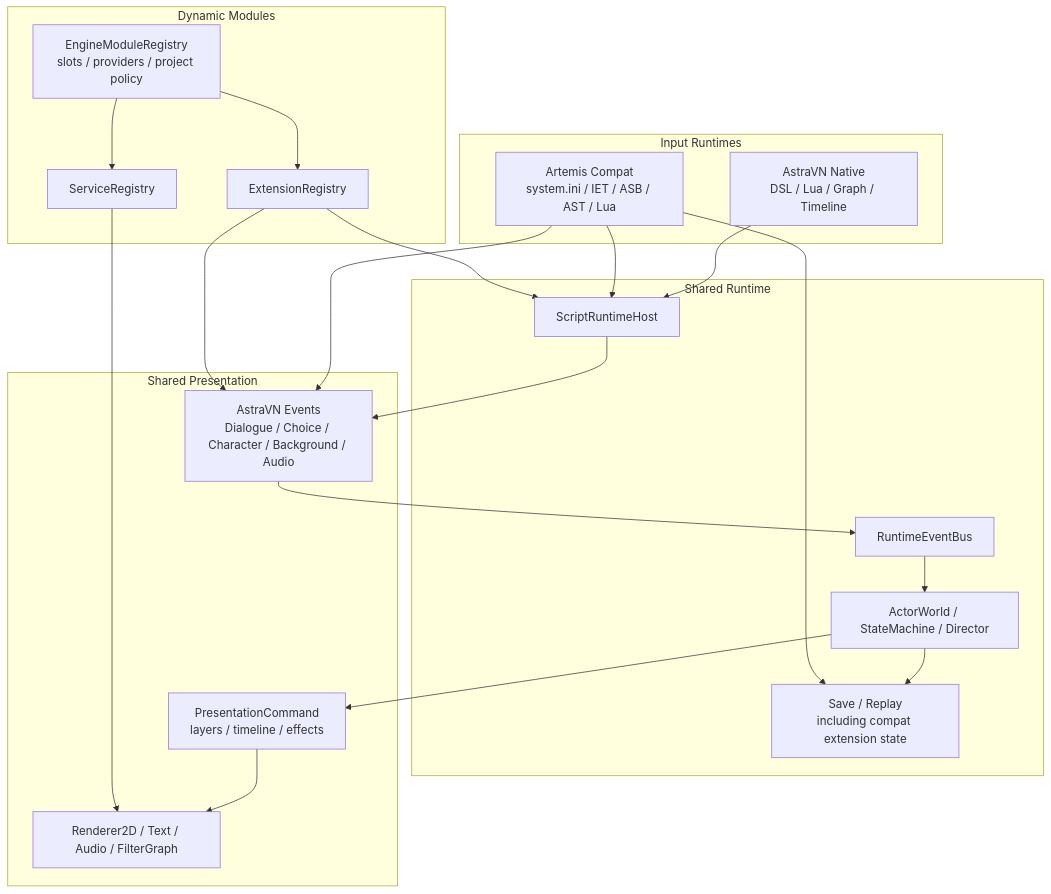
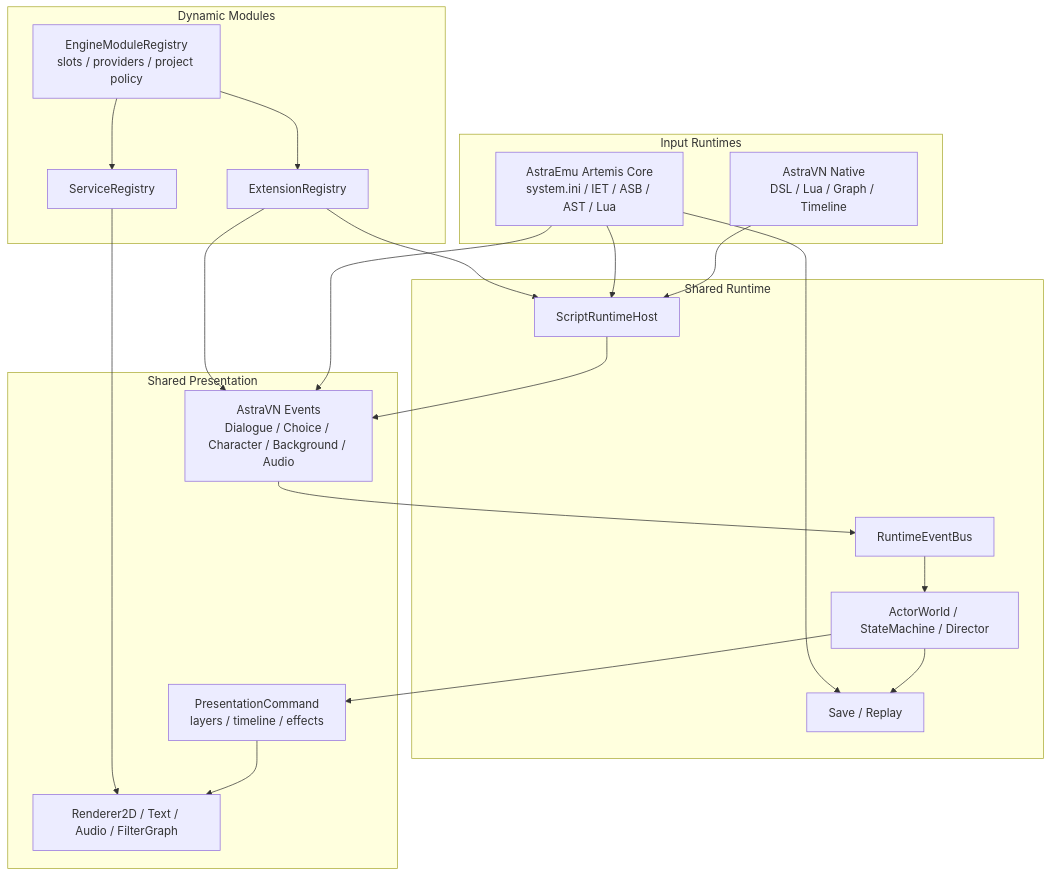
Before and after one commit to 2018wzh/AstraEngine: the diagram in docs/design/architecture.md, drawn with Mermaid. The commit also changed other lines of this file and 17 other files, not shown here.

````diff
--- a/docs/design/architecture.md
+++ b/docs/design/architecture.md
@@ -349,43 +357,43 @@
 ```mermaid
 flowchart TB
   subgraph Input["Input Runtimes"]
     Native["AstraVN Native\nDSL / Lua / Graph / Timeline"]
-    Artemis["Artemis Compat\nsystem.ini / IET / ASB / AST / Lua"]
+    Artemis["AstraEmu Artemis Core\nsystem.ini / IET / ASB / AST / Lua"]
   end
 
   subgraph Modules["Dynamic Modules"]
     Slots["EngineModuleRegistry\nslots / providers / project policy"]
     Services["ServiceRegistry"]
     Extensions["ExtensionRegistry"]
   end
 
   subgraph Runtime["Shared Runtime"]
     Host["ScriptRuntimeHost"]
     Events["RuntimeEventBus"]
     World["ActorWorld / StateMachine / Director"]
-    Save["Save / Replay\nincluding compat extension state"]
+    Save["Save / Replay"]
   end
 
   subgraph Presentation["Shared Presentation"]
     VN["AstraVN Events\nDialogue / Choice / Character / Background / Audio"]
     Commands["PresentationCommand\nlayers / timeline / effects"]
     Media["Renderer2D / Text / Audio / FilterGraph"]
   end
 
   Native --> Host
   Artemis --> Host
   Artemis --> VN
   Host --> VN
   VN --> Events
   Events --> World
   World --> Commands
   Commands --> Media
   World --> Save
   Artemis --> Save
 
   Slots --> Services
   Slots --> Extensions
   Services --> Media
   Extensions --> Host
   Extensions --> VN
 ```
````
